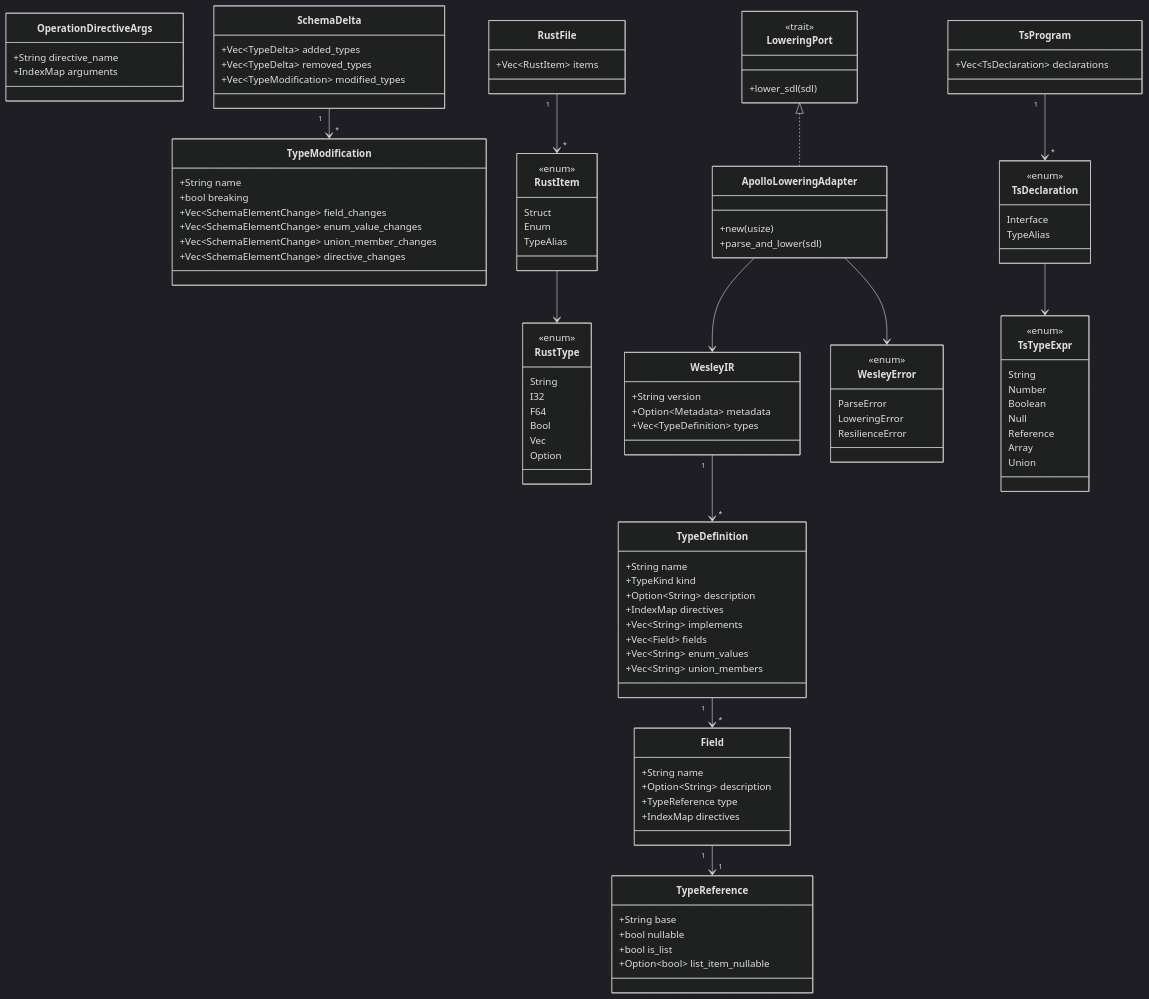
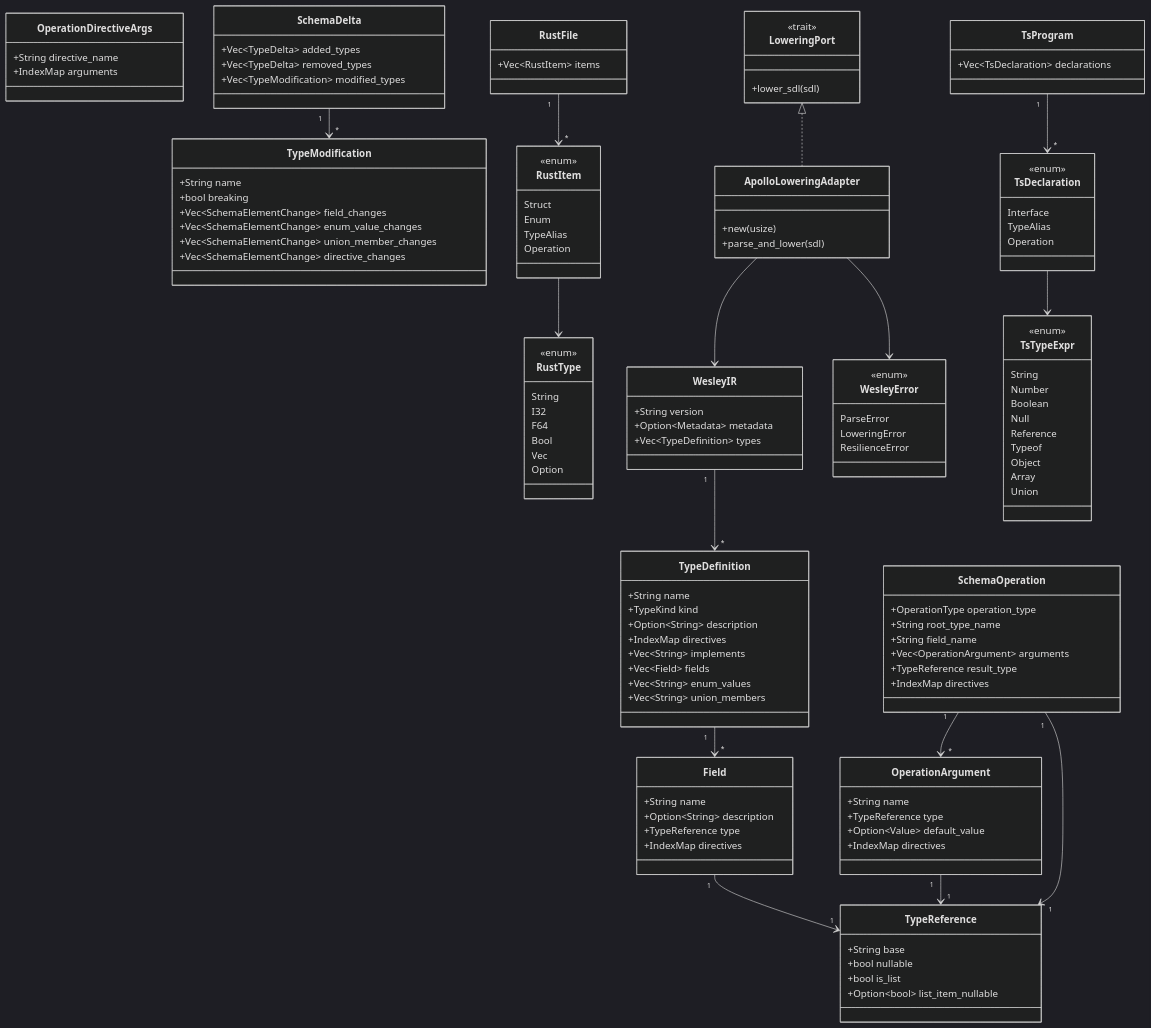
The third of 9 diagrams in docs/ARCHITECTURE.md (flyingrobots/wesley), drawn with Mermaid (dark theme) before and after one commit. The commit also changed other lines of this file and 16 other files, not shown here.

```diff
--- a/docs/ARCHITECTURE.md
+++ b/docs/ARCHITECTURE.md
@@ -246,6 +254,22 @@
         +IndexMap arguments
     }
 
+    class SchemaOperation {
+        +OperationType operation_type
+        +String root_type_name
+        +String field_name
+        +Vec~OperationArgument~ arguments
+        +TypeReference result_type
+        +IndexMap directives
+    }
+
+    class OperationArgument {
+        +String name
+        +TypeReference type
+        +Option~Value~ default_value
+        +IndexMap directives
+    }
+
     class SchemaDelta {
         +Vec~TypeDelta~ added_types
         +Vec~TypeDelta~ removed_types
@@ -274,6 +298,7 @@
         Struct
         Enum
         TypeAlias
+        Operation
     }
 
     class RustType {
@@ -290,6 +315,7 @@
         <<enum>>
         Interface
         TypeAlias
+        Operation
     }
 
     class TsTypeExpr {
@@ -299,6 +325,8 @@
         Boolean
         Null
         Reference
+        Typeof
+        Object
         Array
         Union
     }
@@ -323,6 +351,9 @@
     WesleyIR "1" --> "*" TypeDefinition
     TypeDefinition "1" --> "*" Field
     Field "1" --> "1" TypeReference
+    SchemaOperation "1" --> "*" OperationArgument
+    SchemaOperation "1" --> "1" TypeReference
+    OperationArgument "1" --> "1" TypeReference
     SchemaDelta "1" --> "*" TypeModification
     RustFile "1" --> "*" RustItem
     RustItem --> RustType
```
